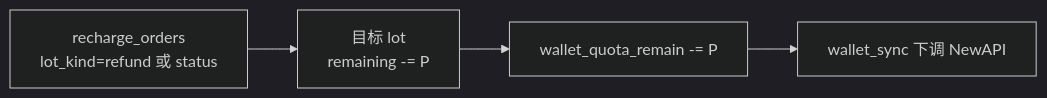
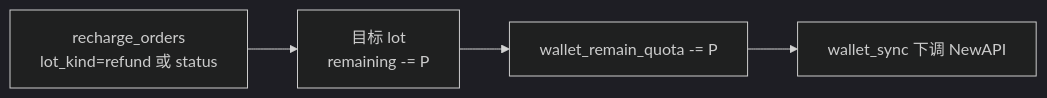
One commit to quyip8818/mytokenjoy changed the third of 3 diagrams in docs/plan/Backend-退款与冲正.md. Above: the diagram before and after it, drawn with Mermaid (dark theme). The commit also changed other lines of this file and 49 other files, not shown here.

Commit message:
rename wallet_remain

````diff
--- a/docs/plan/Backend-退款与冲正.md
+++ b/docs/plan/Backend-退款与冲正.md
@@ -173,6 +173,6 @@
 ```mermaid
 flowchart LR
   Ord["recharge_orders<br/>lot_kind=refund 或 status"] --> Lot["目标 lot<br/>remaining -= P"]
-  Lot --> W["wallet_quota_remain -= P"]
+  Lot --> W["wallet_remain_quota -= P"]
   W --> Sync["wallet_sync 下调 NewAPI"]
 ```
````
